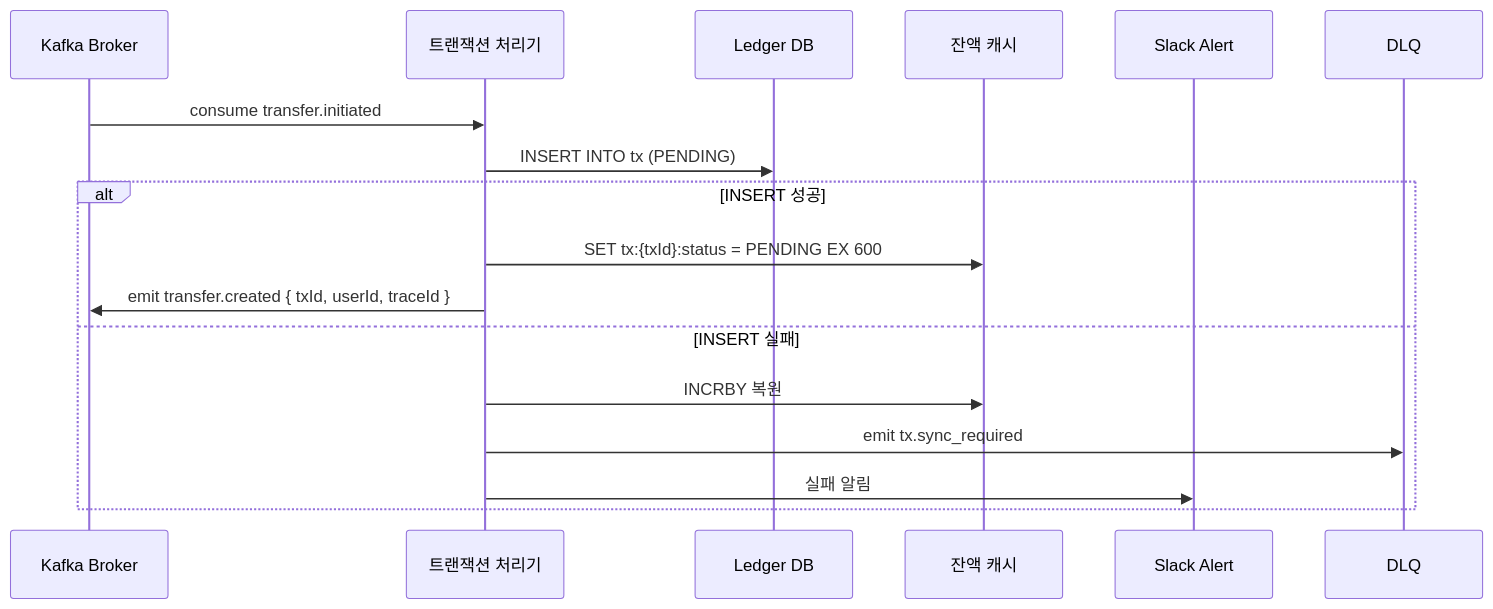
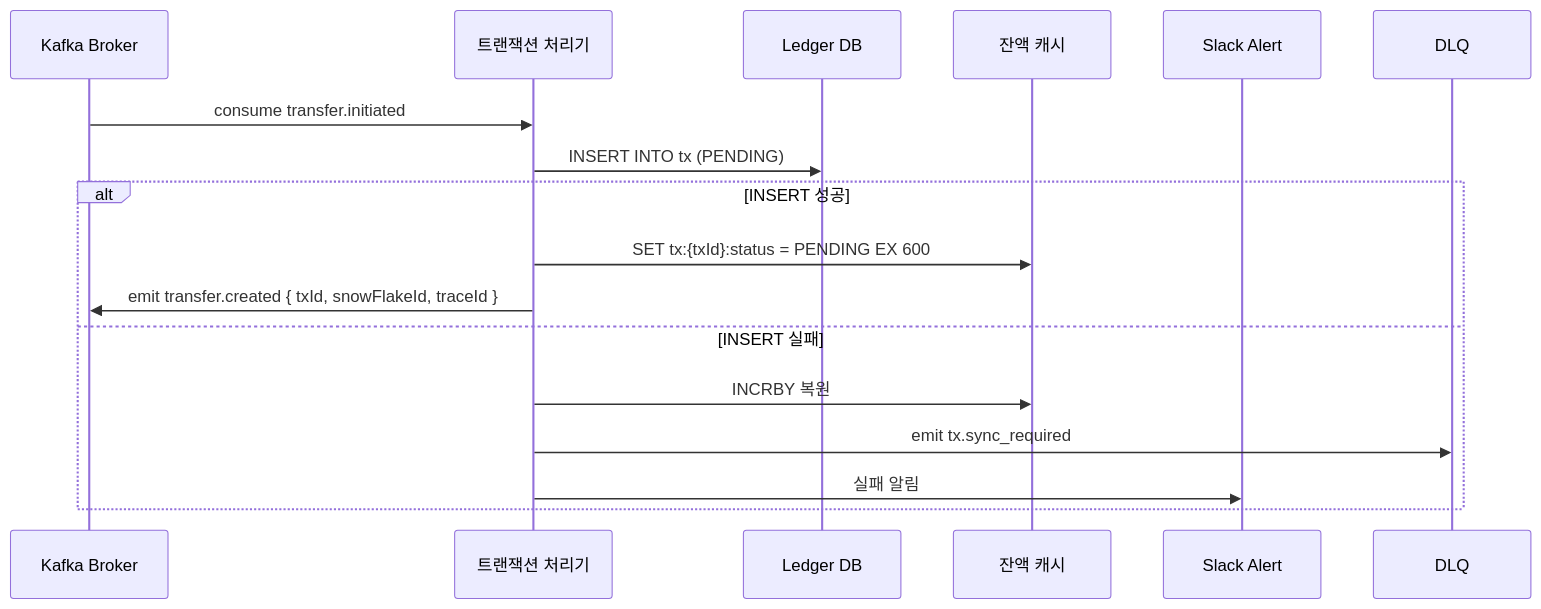
The third of 7 diagrams in docs/SequenceDiagram.md (hyungkishin/FDS-System), drawn with Mermaid before and after one commit. The commit also changed other lines of this file and 28 other files, not shown here.

````diff
--- a/docs/SequenceDiagram.md
+++ b/docs/SequenceDiagram.md
@@ -54,20 +54,20 @@
 ```mermaid
 sequenceDiagram
     participant Kafka as Kafka Broker
     participant TxWorker as 트랜잭션 처리기
     participant RDB as Ledger DB
     participant Redis as 잔액 캐시
     participant Slack as Slack Alert
     participant DLQ as DLQ
 
     Kafka->>TxWorker: consume transfer.initiated
     TxWorker->>RDB: INSERT INTO tx (PENDING)
     alt INSERT 성공
         TxWorker->>Redis: SET tx:{txId}:status = PENDING EX 600
-        TxWorker->>Kafka: emit transfer.created { txId, userId, traceId }
+        TxWorker->>Kafka: emit transfer.created { txId, snowFlakeId, traceId }
     else INSERT 실패
         TxWorker->>Redis: INCRBY 복원
         TxWorker->>DLQ: emit tx.sync_required
         TxWorker->>Slack: 실패 알림
     end
 ```
````
